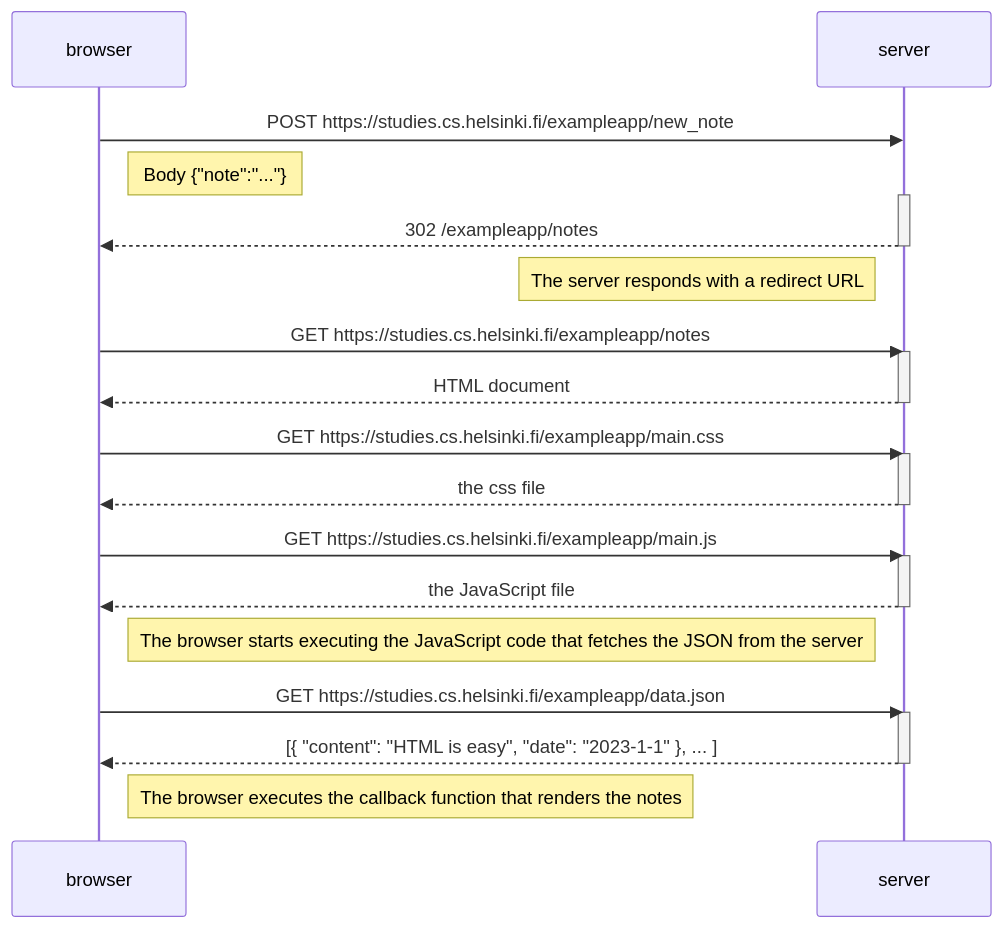
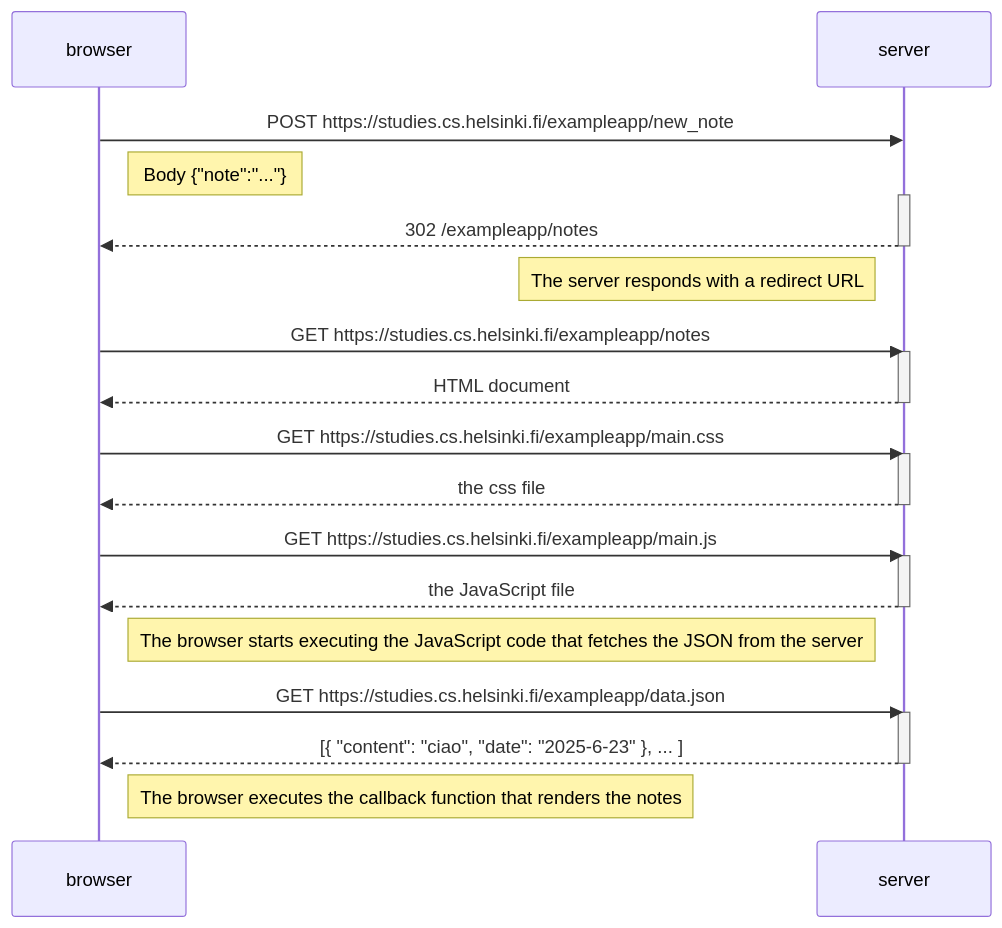
The diagram in Part0/0.4.md (RedericoFocco/FullStackOpenCourse), drawn with Mermaid before and after one commit.

````diff
--- a/Part0/0.4.md
+++ b/Part0/0.4.md
@@ -1,27 +1,27 @@
 ```mermaid
 sequenceDiagram
     browser->>server: POST https://studies.cs.helsinki.fi/exampleapp/new_note
     Note right of browser: Body {"note":"..."}
     activate server
     server-->>browser: 302 /exampleapp/notes
     deactivate server
     Note left of server: The server responds with a redirect URL
      browser->>server: GET https://studies.cs.helsinki.fi/exampleapp/notes
     activate server
     server-->>browser: HTML document
     deactivate server
     browser->>server: GET https://studies.cs.helsinki.fi/exampleapp/main.css
     activate server
     server-->>browser: the css file
     deactivate server
     browser->>server: GET https://studies.cs.helsinki.fi/exampleapp/main.js
     activate server
     server-->>browser: the JavaScript file
     deactivate server
     Note right of browser: The browser starts executing the JavaScript code that fetches the JSON from the server
     browser->>server: GET https://studies.cs.helsinki.fi/exampleapp/data.json
     activate server
-    server-->>browser: [{ "content": "HTML is easy", "date": "2023-1-1" }, ... ]
+    server-->>browser: [{ "content": "ciao", "date": "2025-6-23" }, ... ]
     deactivate server
     Note right of browser: The browser executes the callback function that renders the notes
 ```
````
